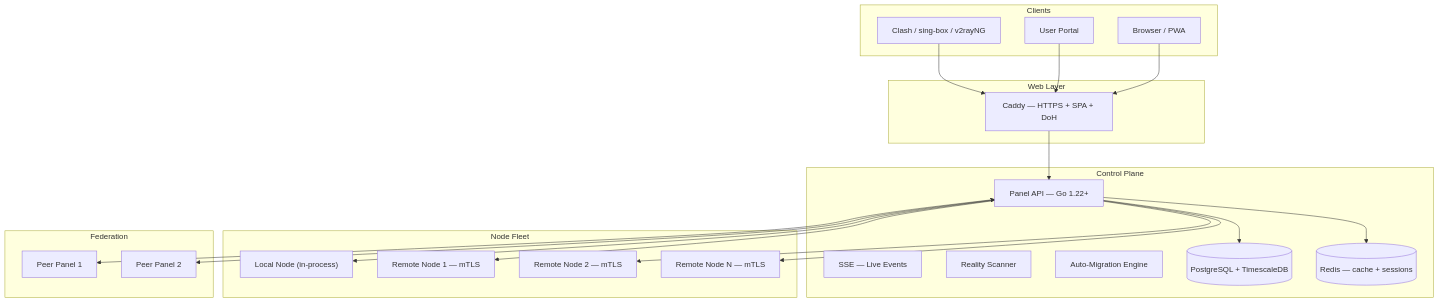
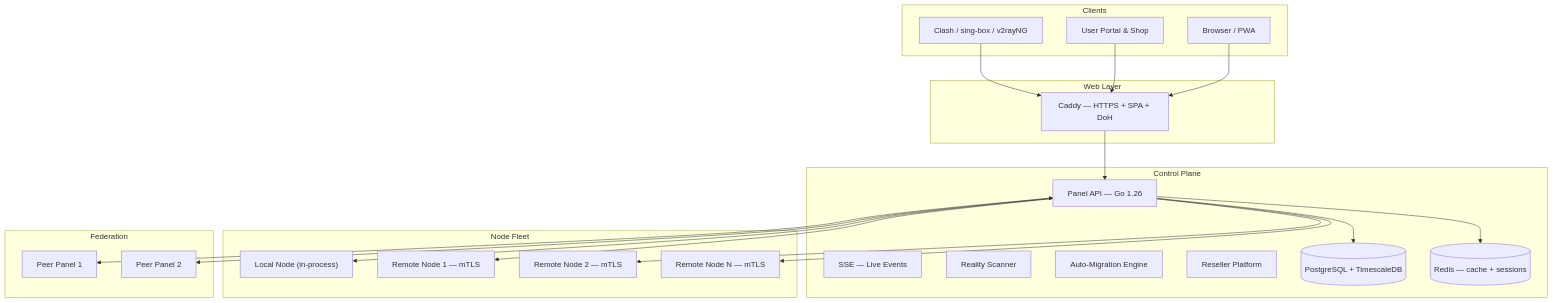
Before and after one commit to iPmartNetwork/VortexUI: the diagram in docs/wiki/en/README.md, drawn with Mermaid. The commit also changed other lines of this file and 19 other files, not shown here.

````diff
--- a/docs/wiki/en/README.md
+++ b/docs/wiki/en/README.md
@@ -81,41 +72,42 @@
 ```mermaid
 flowchart TB
     subgraph Clients["Clients"]
         Browser["Browser / PWA"]
-        Portal["User Portal"]
+        Portal["User Portal & Shop"]
         ProxyApp["Clash / sing-box / v2rayNG"]
     end
     subgraph Web["Web Layer"]
         Caddy["Caddy — HTTPS + SPA + DoH"]
     end
     subgraph Panel["Control Plane"]
-        API["Panel API — Go 1.22+"]
+        API["Panel API — Go 1.26"]
         SSE["SSE — Live Events"]
         Scanner["Reality Scanner"]
         Migration["Auto-Migration Engine"]
+        Reseller["Reseller Platform"]
         DB[(PostgreSQL + TimescaleDB)]
         Redis[(Redis — cache + sessions)]
     end
     subgraph Nodes["Node Fleet"]
         Local["Local Node (in-process)"]
         Remote1["Remote Node 1 — mTLS"]
         Remote2["Remote Node 2 — mTLS"]
         RemoteN["Remote Node N — mTLS"]
     end
     subgraph Federation["Federation"]
         Peer1["Peer Panel 1"]
         Peer2["Peer Panel 2"]
     end
     Browser --> Caddy
     Portal --> Caddy
     ProxyApp --> Caddy
     Caddy --> API
     API --> DB
     API --> Redis
     API --> Local
     API --> Remote1
     API --> Remote2
     API --> RemoteN
     API <--> Peer1
     API <--> Peer2
 ```
````
